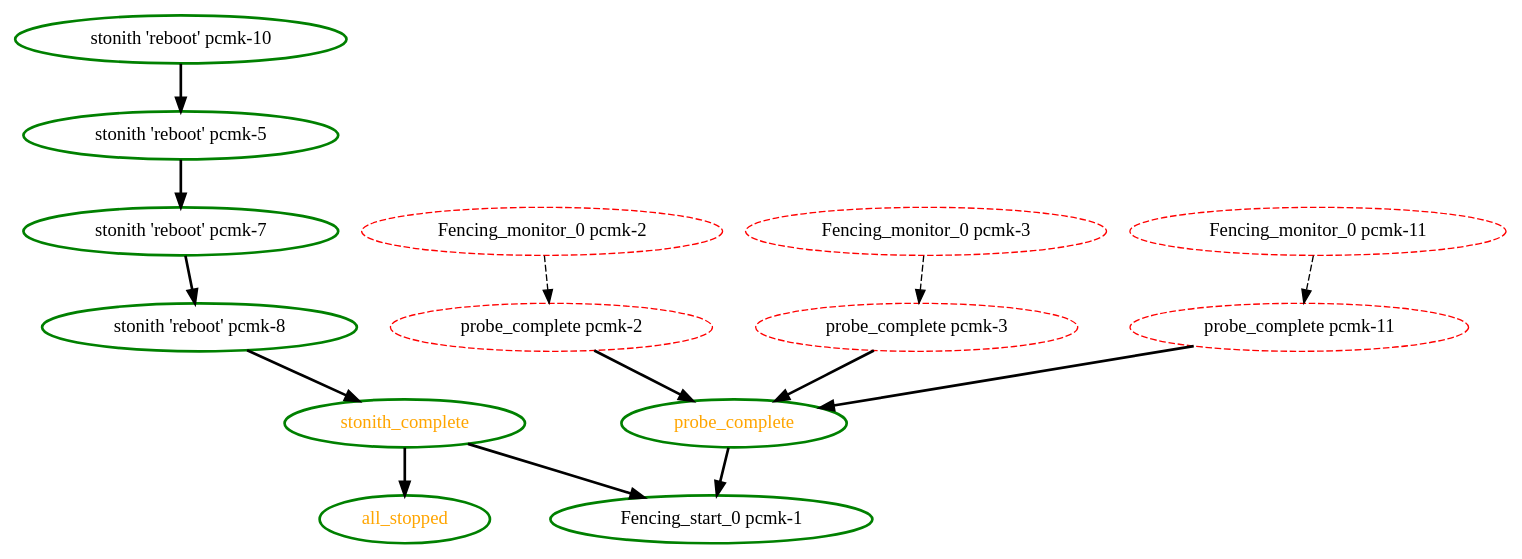
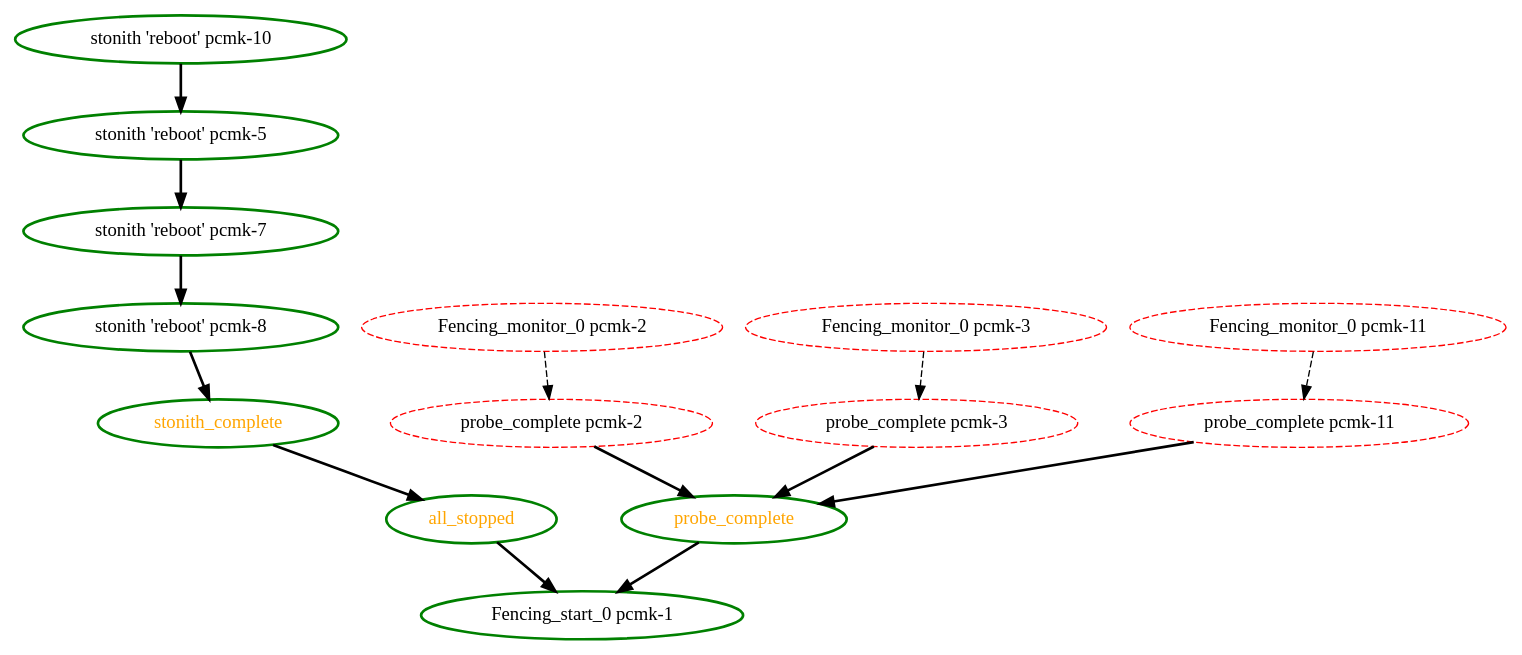
One commit to ClusterLabs/pacemaker changed the diagram in pengine/test10/stonith-4.dot. Above: the diagram before and after it, drawn with Graphviz. The commit also changed 44 other files, not shown here.

Commit message:
Fix: PE: Fencing devices default to only requiring quorum in order to start

```diff
--- a/pengine/test10/stonith-4.dot
+++ b/pengine/test10/stonith-4.dot
@@ -1,29 +1,29 @@
 digraph "g" {
 "Fencing_monitor_0 pcmk-11" -> "probe_complete pcmk-11" [ style = dashed]
 "Fencing_monitor_0 pcmk-11" [ style=dashed color="red" fontcolor="black"]
 "Fencing_monitor_0 pcmk-2" -> "probe_complete pcmk-2" [ style = dashed]
 "Fencing_monitor_0 pcmk-2" [ style=dashed color="red" fontcolor="black"]
 "Fencing_monitor_0 pcmk-3" -> "probe_complete pcmk-3" [ style = dashed]
 "Fencing_monitor_0 pcmk-3" [ style=dashed color="red" fontcolor="black"]
 "Fencing_start_0 pcmk-1" [ style=bold color="green" fontcolor="black"]
+"all_stopped" -> "Fencing_start_0 pcmk-1" [ style = bold]
 "all_stopped" [ style=bold color="green" fontcolor="orange"]
 "probe_complete pcmk-11" -> "probe_complete" [ style = bold]
 "probe_complete pcmk-11" [ style=dashed color="red" fontcolor="black"]
 "probe_complete pcmk-2" -> "probe_complete" [ style = bold]
 "probe_complete pcmk-2" [ style=dashed color="red" fontcolor="black"]
 "probe_complete pcmk-3" -> "probe_complete" [ style = bold]
 "probe_complete pcmk-3" [ style=dashed color="red" fontcolor="black"]
 "probe_complete" -> "Fencing_start_0 pcmk-1" [ style = bold]
 "probe_complete" [ style=bold color="green" fontcolor="orange"]
 "stonith 'reboot' pcmk-10" -> "stonith 'reboot' pcmk-5" [ style = bold]
 "stonith 'reboot' pcmk-10" [ style=bold color="green" fontcolor="black"]
 "stonith 'reboot' pcmk-5" -> "stonith 'reboot' pcmk-7" [ style = bold]
 "stonith 'reboot' pcmk-5" [ style=bold color="green" fontcolor="black"]
 "stonith 'reboot' pcmk-7" -> "stonith 'reboot' pcmk-8" [ style = bold]
 "stonith 'reboot' pcmk-7" [ style=bold color="green" fontcolor="black"]
 "stonith 'reboot' pcmk-8" -> "stonith_complete" [ style = bold]
 "stonith 'reboot' pcmk-8" [ style=bold color="green" fontcolor="black"]
-"stonith_complete" -> "Fencing_start_0 pcmk-1" [ style = bold]
 "stonith_complete" -> "all_stopped" [ style = bold]
 "stonith_complete" [ style=bold color="green" fontcolor="orange"]
 }
```
